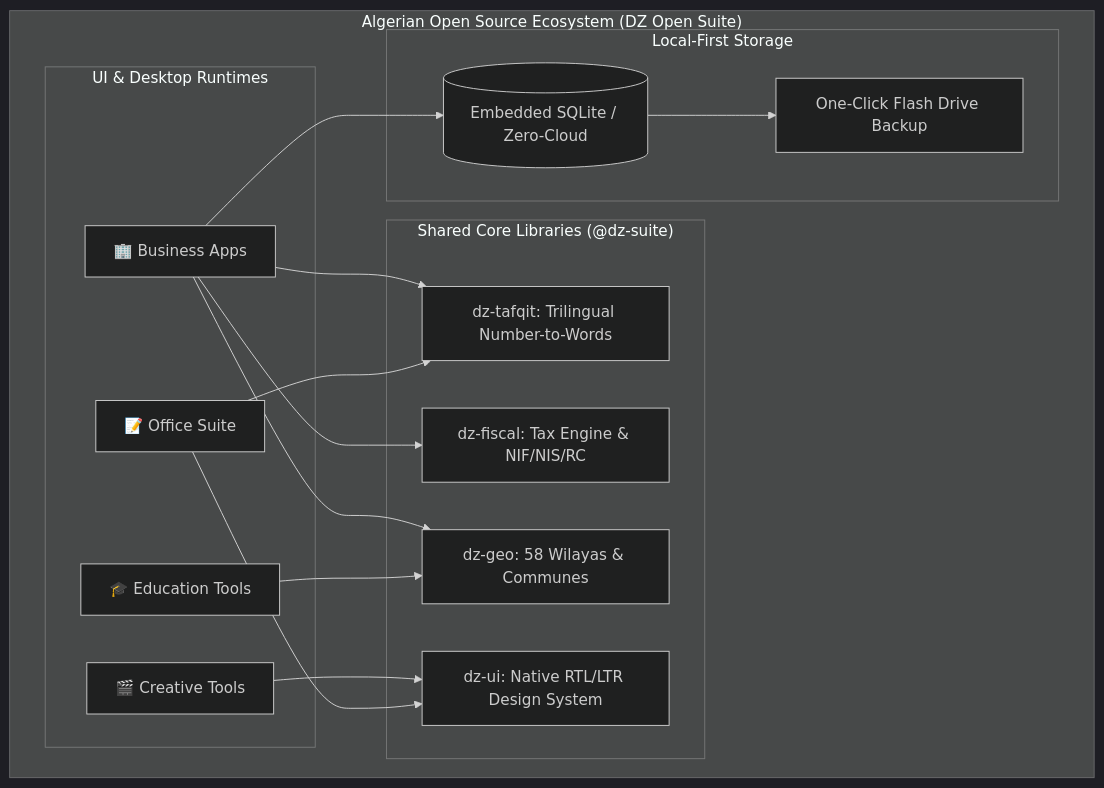
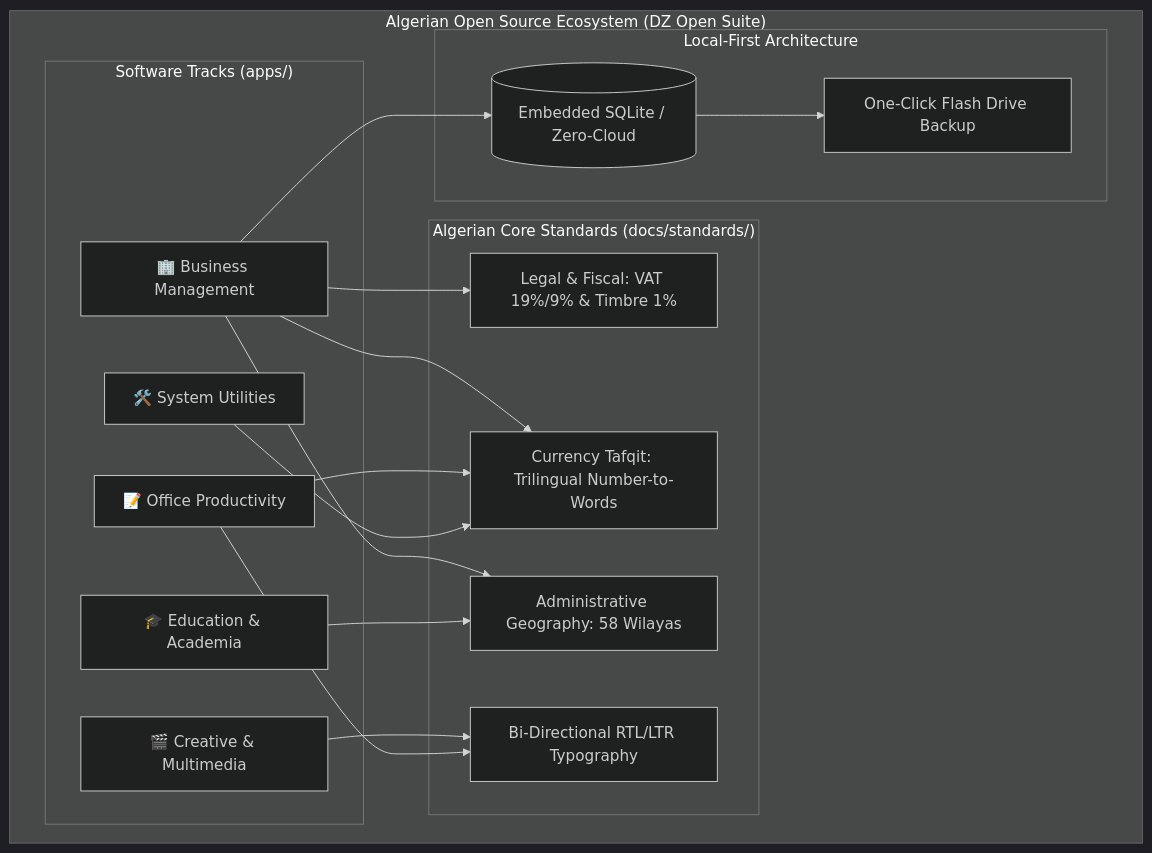
One commit to test-bit-sys/algerie-open-source changed the diagram in README.md. Above: the diagram before and after it, drawn with Mermaid (dark theme). The commit also changed other lines of this file and 15 other files, not shown here.

Commit message:
refactor: remove package implementations to establish pure architectural track blueprints

````diff
--- a/README.md
+++ b/README.md
@@ -78,33 +76,35 @@
 ```mermaid
 graph TD
     subgraph "Algerian Open Source Ecosystem (DZ Open Suite)"
-        subgraph "UI & Desktop Runtimes"
-            A1[🏢 Business Apps]
-            A2[🎬 Creative Tools]
-            A3[📝 Office Suite]
-            A4[🎓 Education Tools]
+        subgraph "Software Tracks (apps/)"
+            A1[🏢 Business Management]
+            A2[🎬 Creative & Multimedia]
+            A3[📝 Office Productivity]
+            A4[🎓 Education & Academia]
+            A5[🛠️ System Utilities]
         end
 
-        subgraph "Shared Core Libraries (@dz-suite)"
-            P1[dz-tafqit: Trilingual Number-to-Words]
-            P2[dz-fiscal: Tax Engine & NIF/NIS/RC]
-            P3[dz-geo: 58 Wilayas & Communes]
-            P4[dz-ui: Native RTL/LTR Design System]
+        subgraph "Algerian Core Standards (docs/standards/)"
+            S1[Legal & Fiscal: VAT 19%/9% & Timbre 1%]
+            S2[Currency Tafqit: Trilingual Number-to-Words]
+            S3[Administrative Geography: 58 Wilayas]
+            S4[Bi-Directional RTL/LTR Typography]
         end
 
-        subgraph "Local-First Storage"
+        subgraph "Local-First Architecture"
             DB[(Embedded SQLite / Zero-Cloud)]
             USB[One-Click Flash Drive Backup]
         end
     end
 
-    A1 --> P1
-    A1 --> P2
-    A1 --> P3
-    A2 --> P4
-    A3 --> P1
-    A3 --> P4
-    A4 --> P3
+    A1 --> S1
+    A1 --> S2
+    A1 --> S3
+    A2 --> S4
+    A3 --> S2
+    A3 --> S4
+    A4 --> S3
+    A5 --> S2
     A1 --> DB
     DB --> USB
 ```
````
